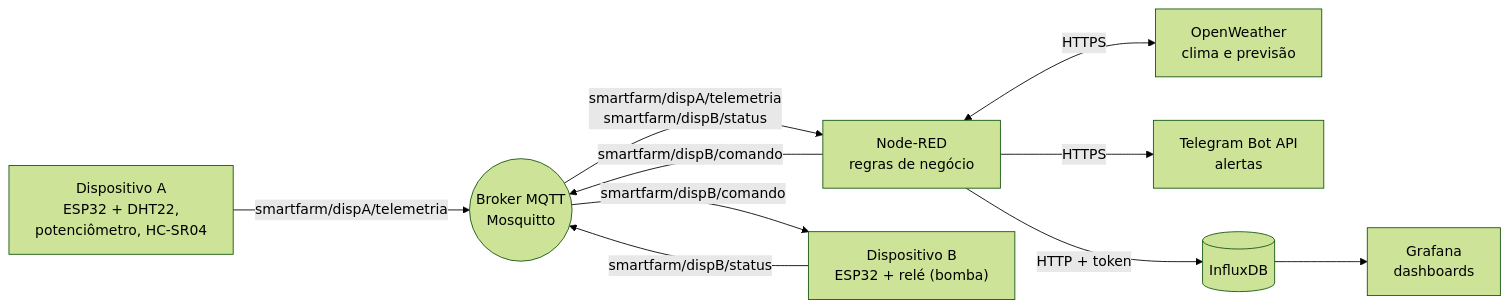
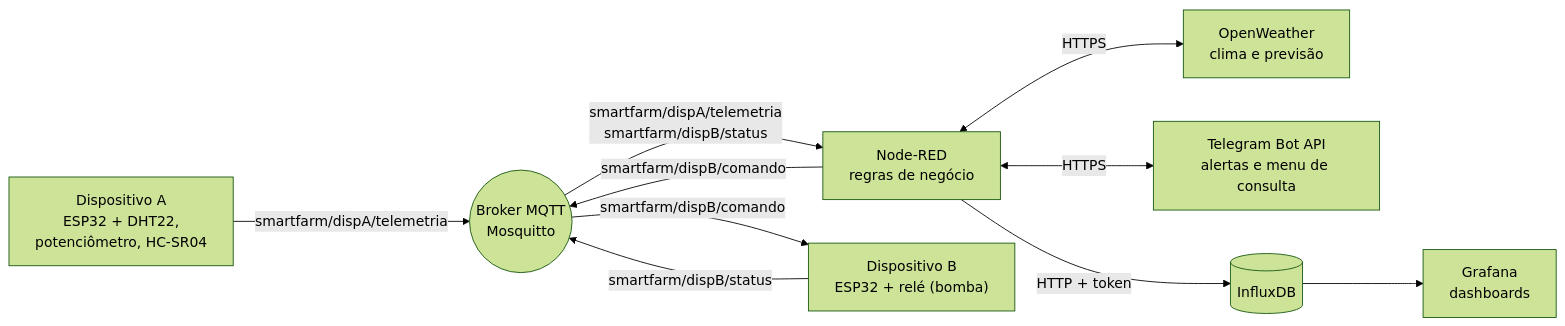
The diagram in README.md (henrique-mackenzista/SmartFarm), drawn with Mermaid (forest theme) before and after one commit. The commit also changed other lines of this file and 5 other files, not shown here.

First line of the commit message:
Adiciona o menu de consulta do bot do Telegram

````diff
--- a/README.md
+++ b/README.md
@@ -31,12 +32,12 @@
 ```mermaid
 flowchart LR
     A["Dispositivo A<br/>ESP32 + DHT22,<br/>potenciômetro, HC-SR04"] -- "smartfarm/dispA/telemetria" --> B(("Broker MQTT<br/>Mosquitto"))
     B -- "smartfarm/dispA/telemetria<br/>smartfarm/dispB/status" --> N["Node-RED<br/>regras de negócio"]
     N -- "smartfarm/dispB/comando" --> B
     B -- "smartfarm/dispB/comando" --> D["Dispositivo B<br/>ESP32 + relé (bomba)"]
     D -- "smartfarm/dispB/status" --> B
     N <-- "HTTPS" --> W["OpenWeather<br/>clima e previsão"]
-    N -- "HTTPS" --> T["Telegram Bot API<br/>alertas"]
+    N <-- "HTTPS" --> T["Telegram Bot API<br/>alertas e menu de consulta"]
     N -- "HTTP + token" --> I[("InfluxDB")]
     I --> G["Grafana<br/>dashboards"]
 ```
````
